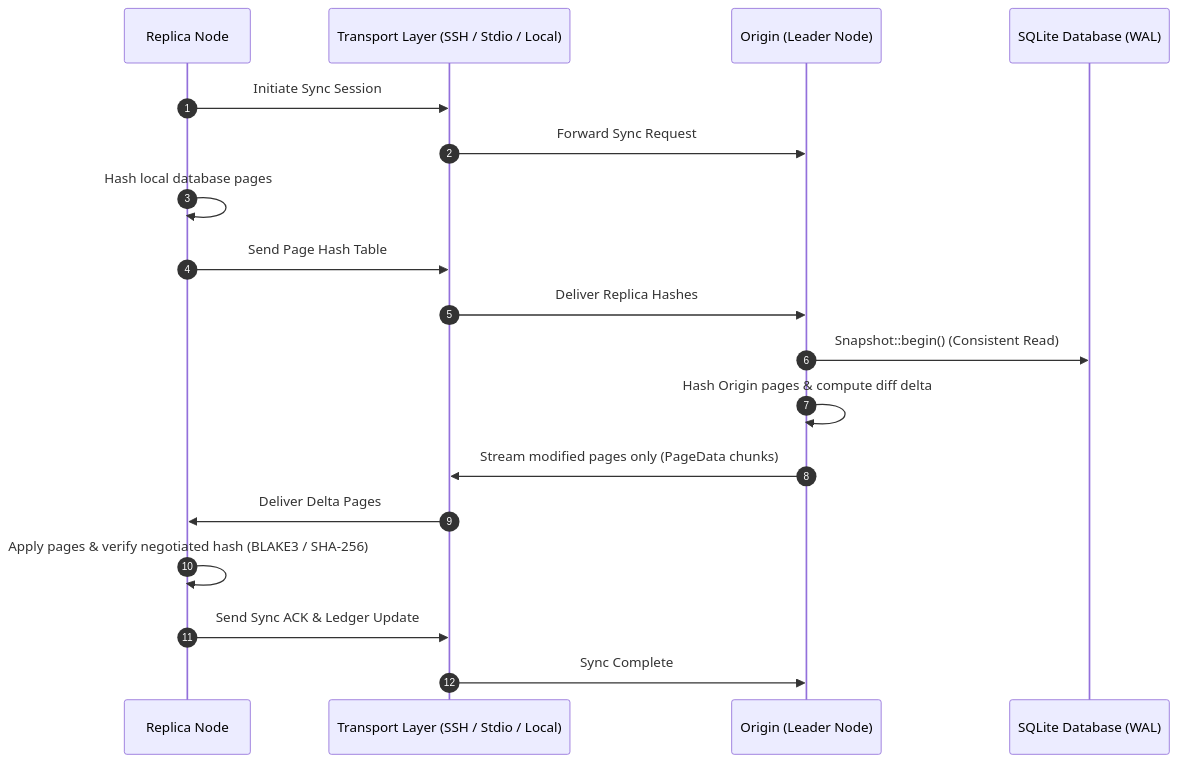
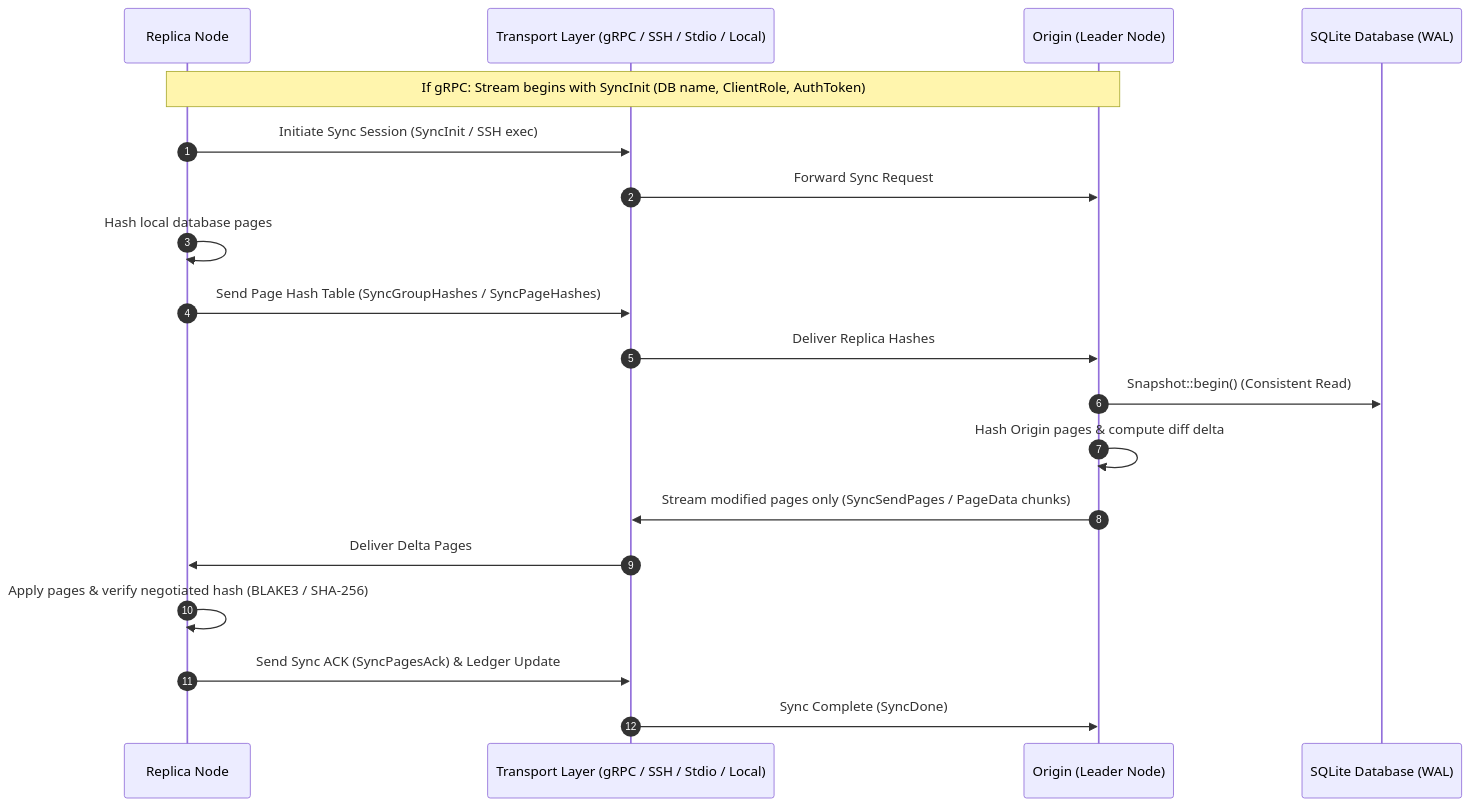
The fourth of 12 diagrams in docs/architecture-diagrams.md (sria91/rsqlite-rsync), drawn with Mermaid before and after one commit. The commit also changed other lines of this file and 23 other files, not shown here.

First line of the commit message:
feat: native gRPC streaming replication, auth, and updated documentation (#17)

````diff
--- a/docs/architecture-diagrams.md
+++ b/docs/architecture-diagrams.md
@@ -147,25 +159,26 @@
 ```mermaid
 sequenceDiagram
     autonumber
     participant Replica as Replica Node
-    participant Transport as Transport Layer (SSH / Stdio / Local)
+    participant Transport as Transport Layer (gRPC / SSH / Stdio / Local)
     participant Origin as Origin (Leader Node)
     participant SQLite as SQLite Database (WAL)
 
-    Replica->>Transport: Initiate Sync Session
+    Note over Replica,Origin: If gRPC: Stream begins with SyncInit (DB name, ClientRole, AuthToken)
+    Replica->>Transport: Initiate Sync Session (SyncInit / SSH exec)
     Transport->>Origin: Forward Sync Request
     
     Replica->>Replica: Hash local database pages
-    Replica->>Transport: Send Page Hash Table
+    Replica->>Transport: Send Page Hash Table (SyncGroupHashes / SyncPageHashes)
     Transport->>Origin: Deliver Replica Hashes
 
     Origin->>SQLite: Snapshot::begin() (Consistent Read)
     Origin->>Origin: Hash Origin pages & compute diff delta
     
-    Origin->>Transport: Stream modified pages only (PageData chunks)
+    Origin->>Transport: Stream modified pages only (SyncSendPages / PageData chunks)
     Transport->>Replica: Deliver Delta Pages
     
     Replica->>Replica: Apply pages & verify negotiated hash (BLAKE3 / SHA-256)
-    Replica->>Transport: Send Sync ACK & Ledger Update
-    Transport->>Origin: Sync Complete
+    Replica->>Transport: Send Sync ACK (SyncPagesAck) & Ledger Update
+    Transport->>Origin: Sync Complete (SyncDone)
 ```
````
